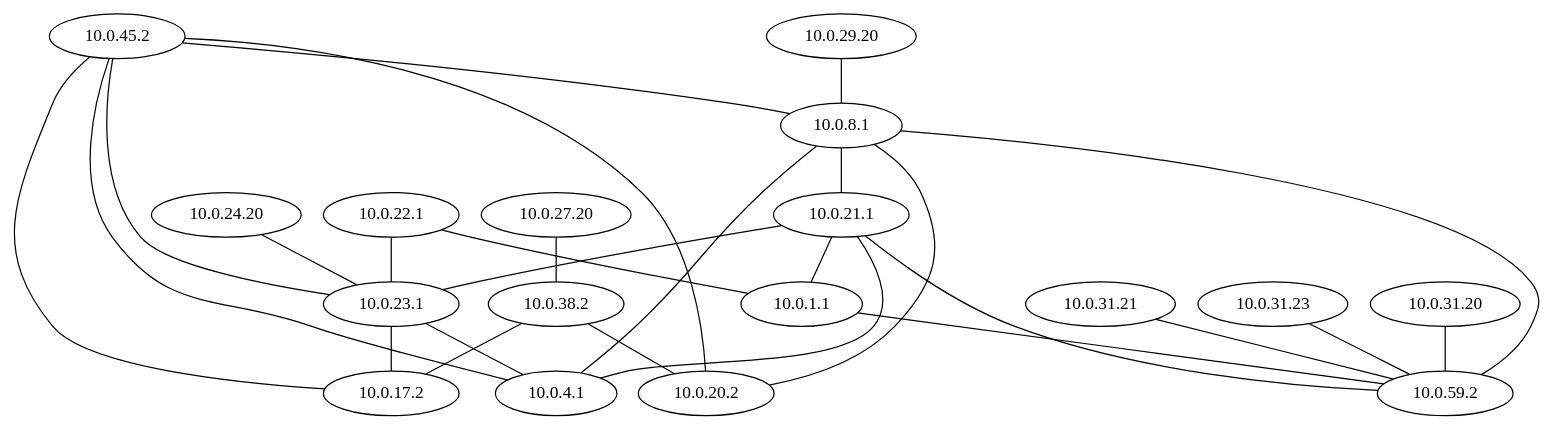
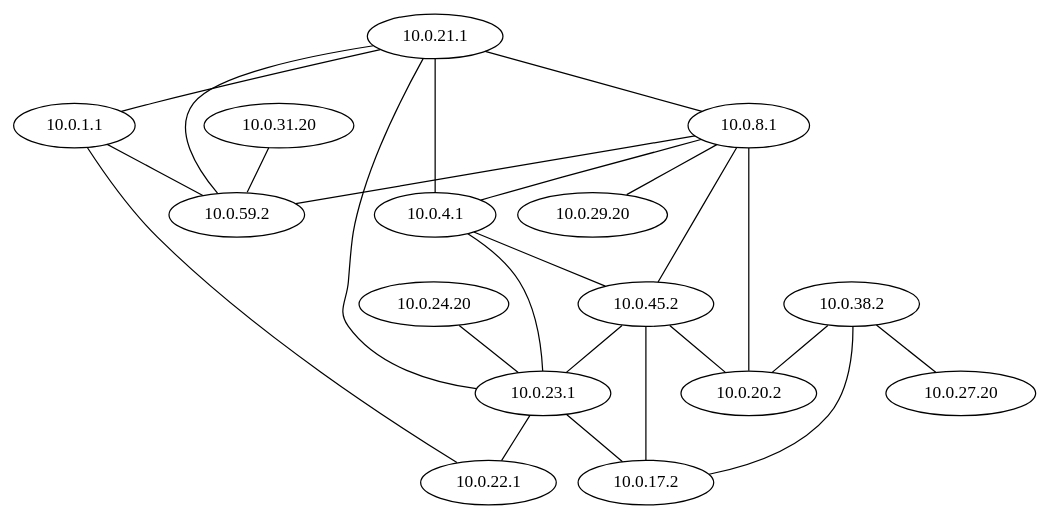
One commit to eivarin/ESR changed the diagram in graph.dot. Above: the diagram before and after it, drawn with Graphviz. The commit also changed 8 other files, not shown here.

```diff
--- a/graph.dot
+++ b/graph.dot
@@ -1,142 +1,130 @@
 strict graph {
 
 
-	"10.0.29.20" [  weight=0 ];
+	"10.0.21.1" [  weight=0 ];
 
-	"10.0.29.20" -- "10.0.8.1" [  weight=101007 ];
+	"10.0.21.1" -- "10.0.1.1" [  weight=56706 ];
+
+	"10.0.21.1" -- "10.0.59.2" [  weight=108456 ];
+
+	"10.0.21.1" -- "10.0.4.1" [  weight=225382 ];
+
+	"10.0.21.1" -- "10.0.8.1" [  weight=72238 ];
+
+	"10.0.21.1" -- "10.0.23.1" [  weight=97259 ];
+
+	"10.0.24.20" [  weight=0 ];
+
+	"10.0.24.20" -- "10.0.23.1" [  weight=92140 ];
+
+	"10.0.8.1" [  weight=0 ];
+
+	"10.0.8.1" -- "10.0.20.2" [  weight=513038 ];
+
+	"10.0.8.1" -- "10.0.29.20" [  weight=125016 ];
+
+	"10.0.8.1" -- "10.0.21.1" [  weight=72238 ];
+
+	"10.0.8.1" -- "10.0.4.1" [  weight=131888 ];
+
+	"10.0.8.1" -- "10.0.45.2" [  weight=66514 ];
+
+	"10.0.8.1" -- "10.0.59.2" [  weight=103683 ];
+
+	"10.0.4.1" [  weight=0 ];
+
+	"10.0.4.1" -- "10.0.21.1" [  weight=225382 ];
+
+	"10.0.4.1" -- "10.0.8.1" [  weight=131888 ];
+
+	"10.0.4.1" -- "10.0.45.2" [  weight=158661 ];
+
+	"10.0.4.1" -- "10.0.23.1" [  weight=66412 ];
 
 	"10.0.45.2" [  weight=0 ];
 
-	"10.0.45.2" -- "10.0.8.1" [  weight=27852 ];
+	"10.0.45.2" -- "10.0.4.1" [  weight=158661 ];
 
-	"10.0.45.2" -- "10.0.4.1" [  weight=41467 ];
+	"10.0.45.2" -- "10.0.23.1" [  weight=309665 ];
 
-	"10.0.45.2" -- "10.0.23.1" [  weight=132276 ];
+	"10.0.45.2" -- "10.0.20.2" [  weight=77654 ];
 
-	"10.0.45.2" -- "10.0.20.2" [  weight=21470 ];
+	"10.0.45.2" -- "10.0.17.2" [  weight=77294 ];
 
-	"10.0.45.2" -- "10.0.17.2" [  weight=35586 ];
+	"10.0.45.2" -- "10.0.8.1" [  weight=66514 ];
 
-	"10.0.8.1" [  weight=0 ];
+	"10.0.1.1" [  weight=0 ];
 
-	"10.0.8.1" -- "10.0.21.1" [  weight=33923 ];
+	"10.0.1.1" -- "10.0.22.1" [  weight=88589 ];
 
-	"10.0.8.1" -- "10.0.4.1" [  weight=36047 ];
+	"10.0.1.1" -- "10.0.59.2" [  weight=77335 ];
 
-	"10.0.8.1" -- "10.0.45.2" [  weight=27852 ];
+	"10.0.1.1" -- "10.0.21.1" [  weight=56706 ];
 
-	"10.0.8.1" -- "10.0.59.2" [  weight=52017 ];
+	"10.0.29.20" [  weight=0 ];
 
-	"10.0.8.1" -- "10.0.20.2" [  weight=36147 ];
+	"10.0.29.20" -- "10.0.8.1" [  weight=125016 ];
 
-	"10.0.8.1" -- "10.0.29.20" [  weight=101007 ];
+	"10.0.38.2" [  weight=0 ];
+
+	"10.0.38.2" -- "10.0.20.2" [  weight=74718 ];
+
+	"10.0.38.2" -- "10.0.17.2" [  weight=84815 ];
+
+	"10.0.38.2" -- "10.0.27.20" [  weight=120251 ];
+
+	"10.0.23.1" [  weight=0 ];
+
+	"10.0.23.1" -- "10.0.21.1" [  weight=97259 ];
+
+	"10.0.23.1" -- "10.0.45.2" [  weight=309665 ];
+
+	"10.0.23.1" -- "10.0.4.1" [  weight=66412 ];
+
+	"10.0.23.1" -- "10.0.22.1" [  weight=108495 ];
+
+	"10.0.23.1" -- "10.0.17.2" [  weight=69196 ];
+
+	"10.0.23.1" -- "10.0.24.20" [  weight=92140 ];
+
+	"10.0.22.1" [  weight=0 ];
+
+	"10.0.22.1" -- "10.0.23.1" [  weight=108495 ];
+
+	"10.0.22.1" -- "10.0.1.1" [  weight=88589 ];
+
+	"10.0.31.20" [  weight=0 ];
+
+	"10.0.31.20" -- "10.0.59.2" [  weight=99421 ];
+
+	"10.0.20.2" [  weight=0 ];
+
+	"10.0.20.2" -- "10.0.38.2" [  weight=74718 ];
+
+	"10.0.20.2" -- "10.0.8.1" [  weight=513038 ];
+
+	"10.0.20.2" -- "10.0.45.2" [  weight=77654 ];
+
+	"10.0.59.2" [  weight=0 ];
+
+	"10.0.59.2" -- "10.0.21.1" [  weight=108456 ];
+
+	"10.0.59.2" -- "10.0.8.1" [  weight=103683 ];
+
+	"10.0.59.2" -- "10.0.1.1" [  weight=77335 ];
+
+	"10.0.59.2" -- "10.0.31.20" [  weight=99421 ];
+
+	"10.0.17.2" [  weight=0 ];
+
+	"10.0.17.2" -- "10.0.45.2" [  weight=77294 ];
+
+	"10.0.17.2" -- "10.0.23.1" [  weight=69196 ];
+
+	"10.0.17.2" -- "10.0.38.2" [  weight=84815 ];
 
 	"10.0.27.20" [  weight=0 ];
 
-	"10.0.27.20" -- "10.0.38.2" [  weight=20119240 ];
-
-	"10.0.22.1" [  weight=0 ];
-
-	"10.0.22.1" -- "10.0.23.1" [  weight=45124 ];
-
-	"10.0.22.1" -- "10.0.1.1" [  weight=46196 ];
-
-	"10.0.31.21" [  weight=0 ];
-
-	"10.0.31.21" -- "10.0.59.2" [  weight=47548 ];
-
-	"10.0.24.20" [  weight=0 ];
-
-	"10.0.24.20" -- "10.0.23.1" [  weight=32160 ];
-
-	"10.0.31.23" [  weight=0 ];
-
-	"10.0.31.23" -- "10.0.59.2" [  weight=53299 ];
-
-	"10.0.21.1" [  weight=0 ];
-
-	"10.0.21.1" -- "10.0.23.1" [  weight=31669 ];
-
-	"10.0.21.1" -- "10.0.1.1" [  weight=23624 ];
-
-	"10.0.21.1" -- "10.0.59.2" [  weight=31138 ];
-
-	"10.0.21.1" -- "10.0.4.1" [  weight=47699 ];
-
-	"10.0.21.1" -- "10.0.8.1" [  weight=33923 ];
-
-	"10.0.23.1" [  weight=0 ];
-
-	"10.0.23.1" -- "10.0.45.2" [  weight=132276 ];
-
-	"10.0.23.1" -- "10.0.4.1" [  weight=31558 ];
-
-	"10.0.23.1" -- "10.0.22.1" [  weight=45124 ];
-
-	"10.0.23.1" -- "10.0.17.2" [  weight=140982 ];
-
-	"10.0.23.1" -- "10.0.24.20" [  weight=32160 ];
-
-	"10.0.23.1" -- "10.0.21.1" [  weight=31669 ];
-
-	"10.0.31.20" [  weight=0 ];
-
-	"10.0.31.20" -- "10.0.59.2" [  weight=146072 ];
-
-	"10.0.38.2" [  weight=0 ];
-
-	"10.0.38.2" -- "10.0.20.2" [  weight=42019 ];
-
-	"10.0.38.2" -- "10.0.17.2" [  weight=112289 ];
-
-	"10.0.38.2" -- "10.0.27.20" [  weight=20119240 ];
-
-	"10.0.17.2" [  weight=0 ];
-
-	"10.0.17.2" -- "10.0.45.2" [  weight=35586 ];
-
-	"10.0.17.2" -- "10.0.23.1" [  weight=140982 ];
-
-	"10.0.17.2" -- "10.0.38.2" [  weight=112289 ];
-
-	"10.0.4.1" [  weight=0 ];
-
-	"10.0.4.1" -- "10.0.8.1" [  weight=36047 ];
-
-	"10.0.4.1" -- "10.0.45.2" [  weight=41467 ];
-
-	"10.0.4.1" -- "10.0.23.1" [  weight=31558 ];
-
-	"10.0.4.1" -- "10.0.21.1" [  weight=47699 ];
-
-	"10.0.20.2" [  weight=0 ];
-
-	"10.0.20.2" -- "10.0.8.1" [  weight=36147 ];
-
-	"10.0.20.2" -- "10.0.45.2" [  weight=21470 ];
-
-	"10.0.20.2" -- "10.0.38.2" [  weight=42019 ];
-
-	"10.0.1.1" [  weight=0 ];
-
-	"10.0.1.1" -- "10.0.21.1" [  weight=23624 ];
-
-	"10.0.1.1" -- "10.0.22.1" [  weight=46196 ];
-
-	"10.0.1.1" -- "10.0.59.2" [  weight=29384 ];
-
-	"10.0.59.2" [  weight=0 ];
-
-	"10.0.59.2" -- "10.0.21.1" [  weight=31138 ];
-
-	"10.0.59.2" -- "10.0.8.1" [  weight=52017 ];
-
-	"10.0.59.2" -- "10.0.1.1" [  weight=29384 ];
-
-	"10.0.59.2" -- "10.0.31.20" [  weight=146072 ];
-
-	"10.0.59.2" -- "10.0.31.21" [  weight=47548 ];
-
-	"10.0.59.2" -- "10.0.31.23" [  weight=53299 ];
+	"10.0.27.20" -- "10.0.38.2" [  weight=120251 ];
 
 }
```
